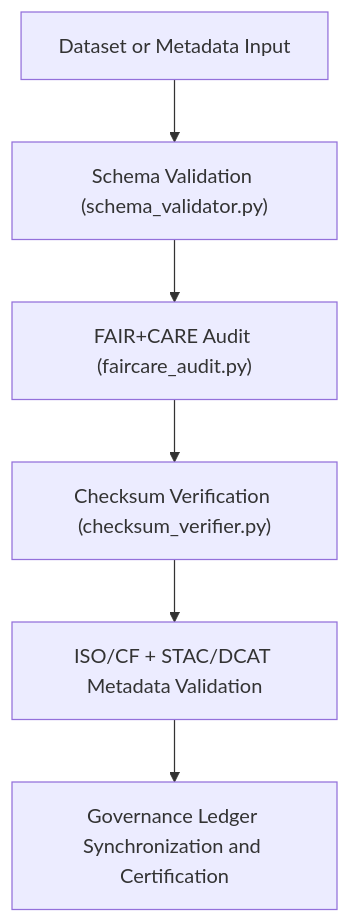
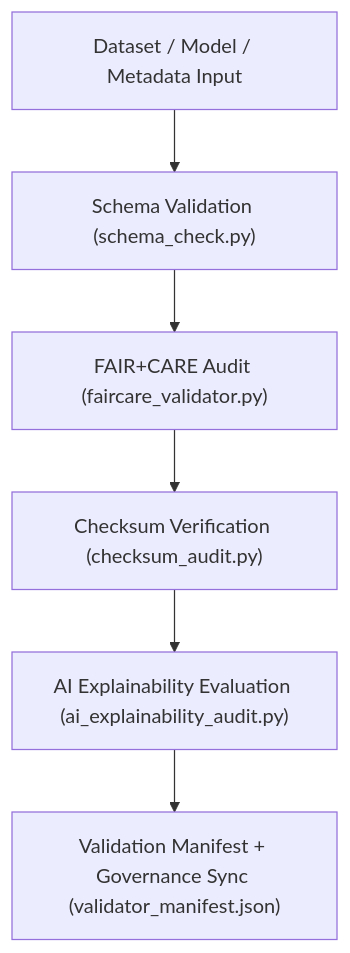
Before and after one commit to bartytime4life/Kansas-Frontier-Matrix: the diagram in tools/validation/README.md, drawn with Mermaid. The commit also changed other lines of this file, not shown here.

````diff
--- a/tools/validation/README.md
+++ b/tools/validation/README.md
@@ -69,8 +66,8 @@
 ```mermaid
 flowchart TD
-    A["Dataset or Metadata Input"] --> B["Schema Validation (schema_validator.py)"]
-    B --> C["FAIR+CARE Audit (faircare_audit.py)"]
-    C --> D["Checksum Verification (checksum_verifier.py)"]
-    D --> E["ISO/CF + STAC/DCAT Metadata Validation"]
-    E --> F["Governance Ledger Synchronization and Certification"]
+    A["Dataset / Model / Metadata Input"] --> B["Schema Validation (schema_check.py)"]
+    B --> C["FAIR+CARE Audit (faircare_validator.py)"]
+    C --> D["Checksum Verification (checksum_audit.py)"]
+    D --> E["AI Explainability Evaluation (ai_explainability_audit.py)"]
+    E --> F["Validation Manifest + Governance Sync (validator_manifest.json)"]
 ```
````
